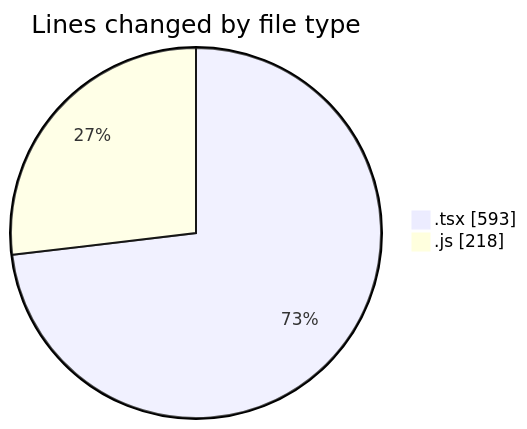
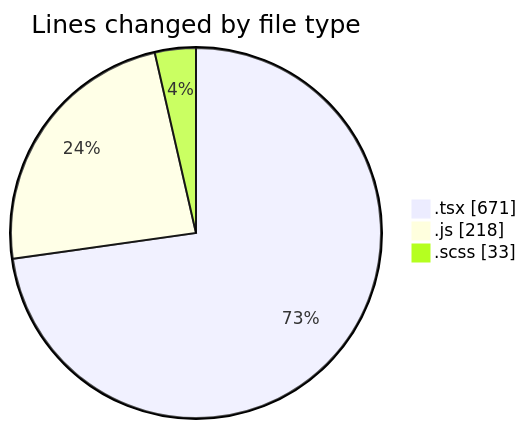
The first of 2 diagrams in 2026-01-22/cda-web-components/README.md (momahboobian/code-tracking), drawn with Mermaid before and after one commit. The commit also changed other lines of this file and 1 other file, not shown here.

````diff
--- a/2026-01-22/cda-web-components/README.md
+++ b/2026-01-22/cda-web-components/README.md
@@ -24,6 +26,7 @@
 ```mermaid
 pie showData
 title Lines changed by file type
-".tsx" : 593
+".tsx" : 671
 ".js" : 218
+".scss" : 33
 ```
````
